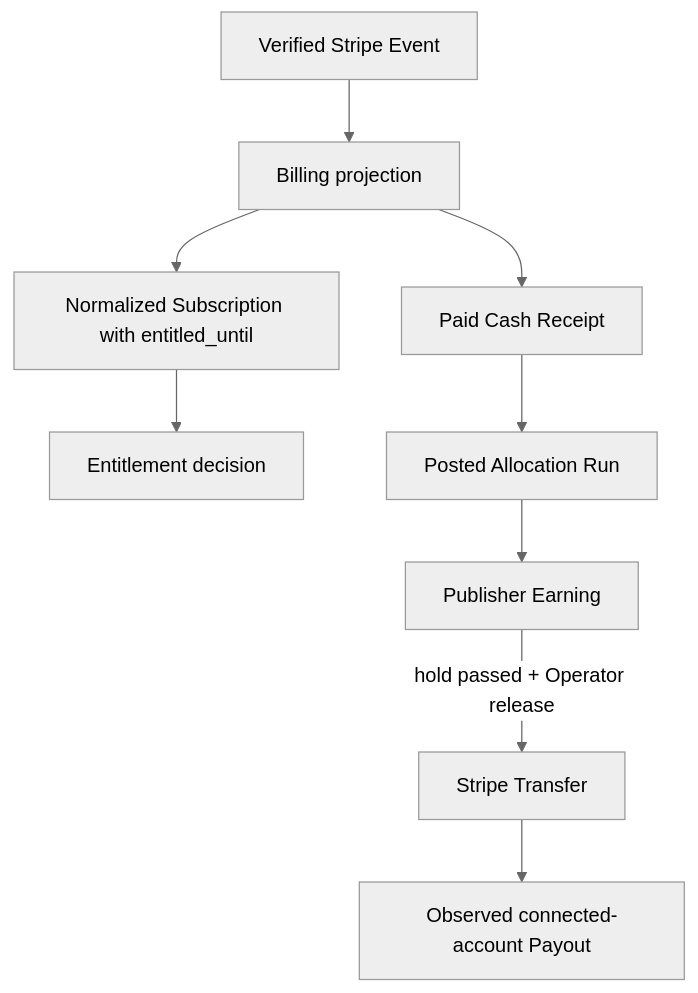
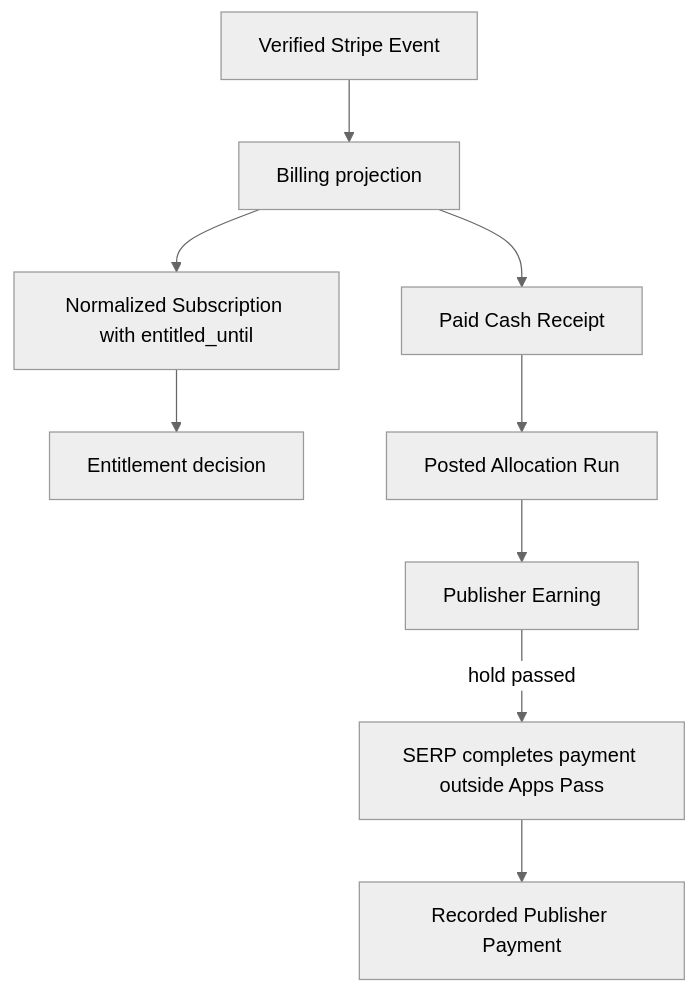
One commit to serpcompany/serp-pass changed the second of 6 diagrams in ARCHITECTURE.md. Above: the diagram before and after it, drawn with Mermaid (neutral theme). The commit also changed other lines of this file and 27 other files, not shown here.

Commit message:
feat: simplify publisher payment operations

````diff
--- a/ARCHITECTURE.md
+++ b/ARCHITECTURE.md
@@ -64,11 +64,11 @@
 ```mermaid
 flowchart TD
     Event["Verified Stripe Event"] --> Projection["Billing projection"]
     Projection --> Receipt["Paid Cash Receipt"]
     Projection --> Subscription["Normalized Subscription with entitled_until"]
     Subscription --> Decision["Entitlement decision"]
     Receipt --> Allocation["Posted Allocation Run"]
     Allocation --> Earning["Publisher Earning"]
-    Earning -->|"hold passed + Operator release"| Transfer["Stripe Transfer"]
-    Transfer --> Payout["Observed connected-account Payout"]
+    Earning -->|"hold passed"| External["SERP completes payment outside Apps Pass"]
+    External --> Payment["Recorded Publisher Payment"]
 ```
````
